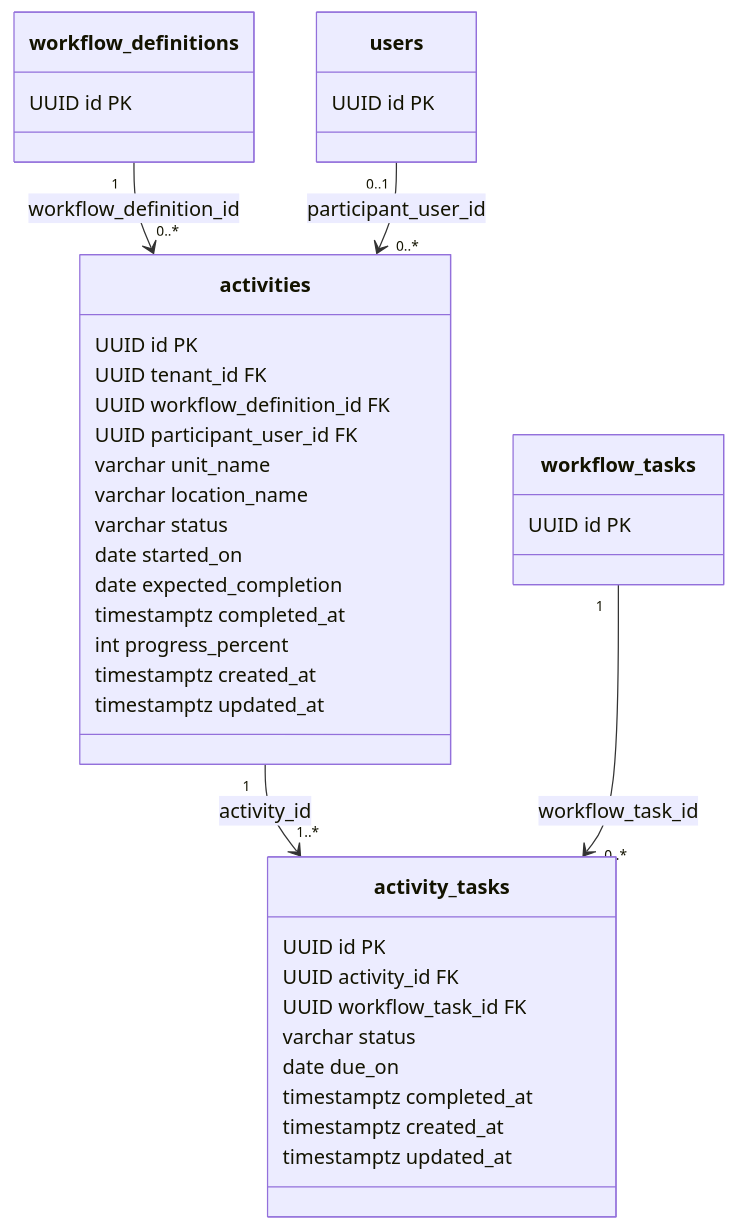
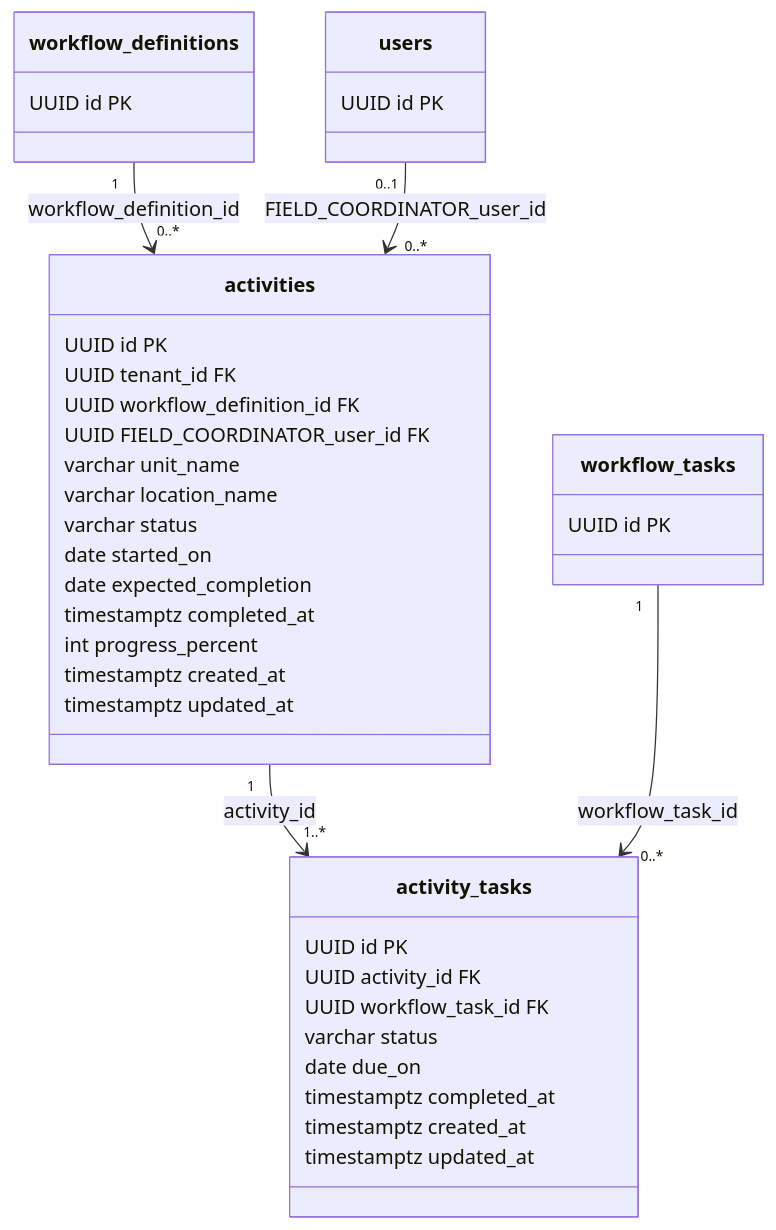
Diagram 11 of 14 in docs/component-and-data-model-diagrams.md (korearun5/activity-compliance), drawn with Mermaid before and after one commit. The commit also changed other lines of this file and 104 other files, not shown here.

````diff
--- a/docs/component-and-data-model-diagrams.md
+++ b/docs/component-and-data-model-diagrams.md
@@ -843,46 +843,46 @@
 ```mermaid
 classDiagram
     class activities {
         UUID id PK
         UUID tenant_id FK
         UUID workflow_definition_id FK
-        UUID participant_user_id FK
+        UUID FIELD_COORDINATOR_user_id FK
         varchar unit_name
         varchar location_name
         varchar status
         date started_on
         date expected_completion
         timestamptz completed_at
         int progress_percent
         timestamptz created_at
         timestamptz updated_at
     }
 
     class activity_tasks {
         UUID id PK
         UUID activity_id FK
         UUID workflow_task_id FK
         varchar status
         date due_on
         timestamptz completed_at
         timestamptz created_at
         timestamptz updated_at
     }
 
     class workflow_definitions {
         UUID id PK
     }
 
     class workflow_tasks {
         UUID id PK
     }
 
     class users {
         UUID id PK
     }
 
     workflow_definitions "1" --> "0..*" activities : workflow_definition_id
-    users "0..1" --> "0..*" activities : participant_user_id
+    users "0..1" --> "0..*" activities : FIELD_COORDINATOR_user_id
     activities "1" --> "1..*" activity_tasks : activity_id
     workflow_tasks "1" --> "0..*" activity_tasks : workflow_task_id
 ```
````
